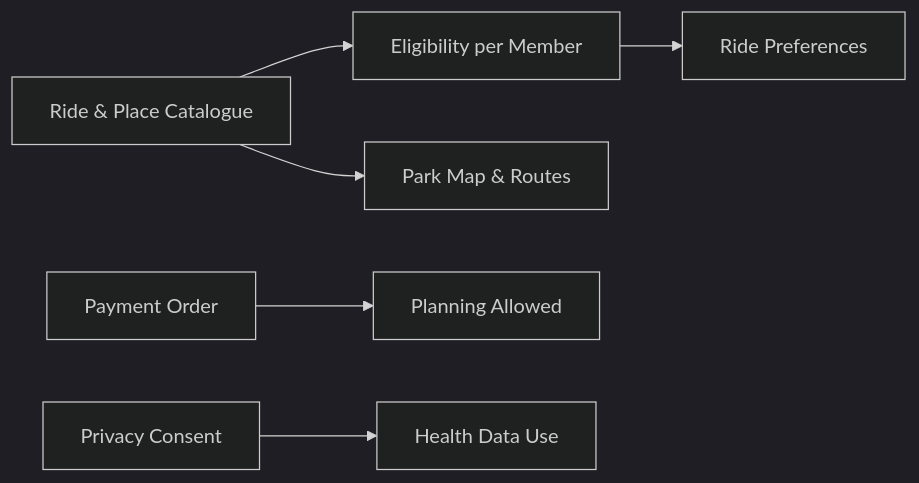
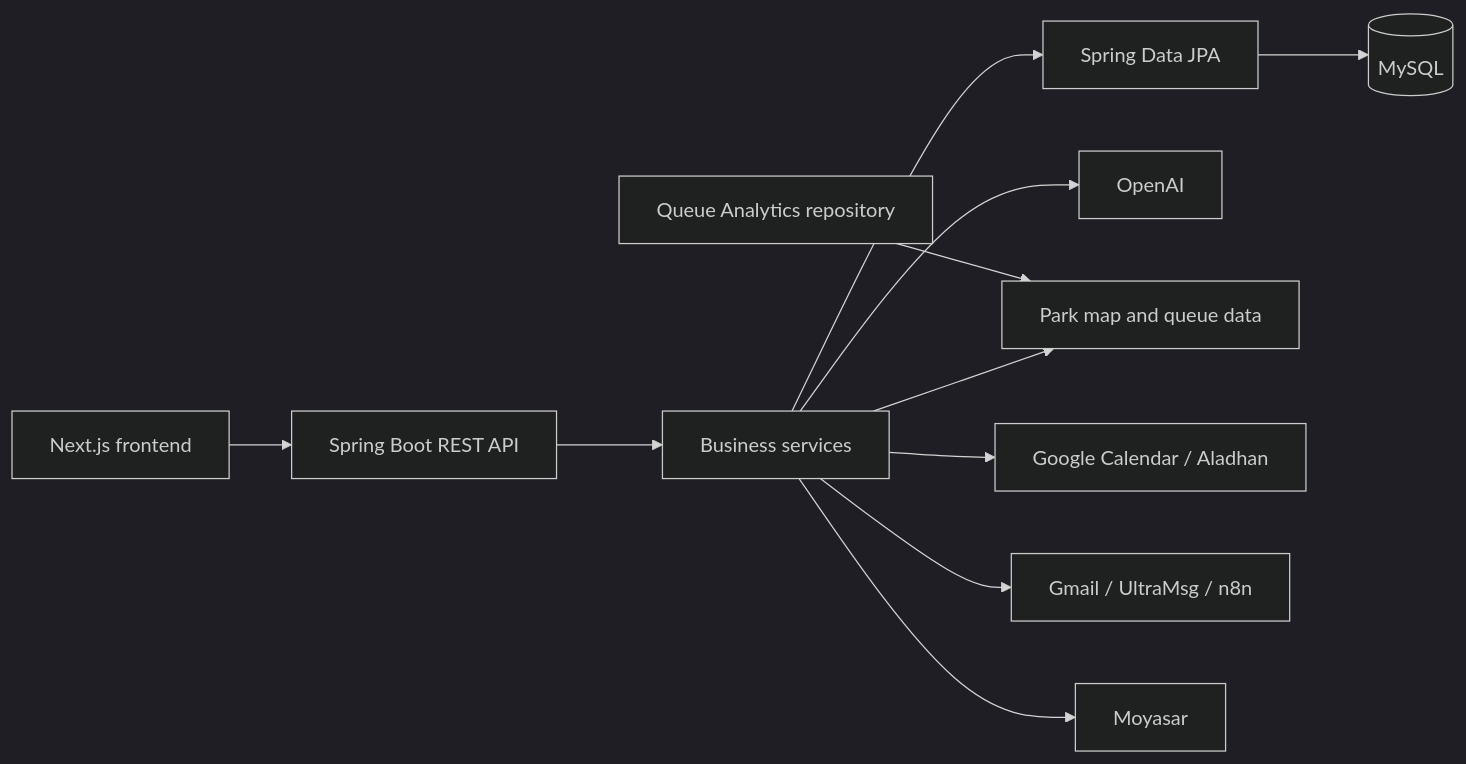
The second of 2 diagrams in README.md (Abdulaziz-Shafae/SIKKA), drawn with Mermaid (dark theme) before and after one commit. The commit also changed other lines of this file, not shown here.

````diff
--- a/README.md
+++ b/README.md
@@ -756,8 +118,13 @@
 ```mermaid
 flowchart LR
-    A[Ride & Place Catalogue] --> B[Eligibility per Member]
-    A --> C[Park Map & Routes]
-    B --> D[Ride Preferences]
-    E[Payment Order] --> F[Planning Allowed]
-    G[Privacy Consent] --> H[Health Data Use]
+    UI[Next.js frontend] --> API[Spring Boot REST API]
+    API --> Services[Business services]
+    Services --> JPA[Spring Data JPA]
+    JPA --> DB[(MySQL)]
+    Services --> AI[OpenAI]
+    Services --> Park[Park map and queue data]
+    Services --> Calendar[Google Calendar / Aladhan]
+    Services --> Comms[Gmail / UltraMsg / n8n]
+    Services --> Payment[Moyasar]
+    Analytics[Queue Analytics repository] --> Park
 ```
````
